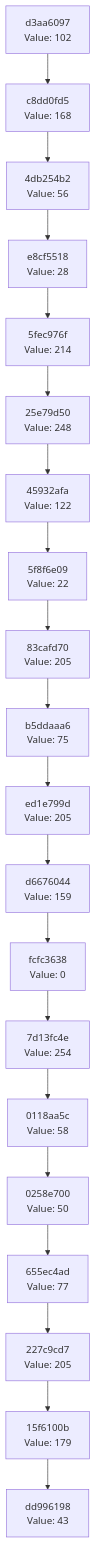
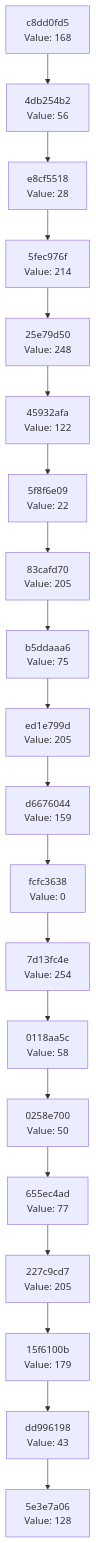
The diagram in docs/CHAIN_VISUALIZATION.md (Abhisheksinha1506/hash-chain-evolver), drawn with Mermaid before and after one commit. The commit also changed 3 other files, not shown here.

````diff
--- a/docs/CHAIN_VISUALIZATION.md
+++ b/docs/CHAIN_VISUALIZATION.md
@@ -3,42 +3,42 @@
 ```mermaid
 graph TD
-    C0["dd996198<br/>Value: 43"]
-    C1["15f6100b<br/>Value: 179"]
+    C0["5e3e7a06<br/>Value: 128"]
+    C1["dd996198<br/>Value: 43"]
     C1 --> C0
-    C2["227c9cd7<br/>Value: 205"]
+    C2["15f6100b<br/>Value: 179"]
     C2 --> C1
-    C3["655ec4ad<br/>Value: 77"]
+    C3["227c9cd7<br/>Value: 205"]
     C3 --> C2
-    C4["0258e700<br/>Value: 50"]
+    C4["655ec4ad<br/>Value: 77"]
     C4 --> C3
-    C5["0118aa5c<br/>Value: 58"]
+    C5["0258e700<br/>Value: 50"]
     C5 --> C4
-    C6["7d13fc4e<br/>Value: 254"]
+    C6["0118aa5c<br/>Value: 58"]
     C6 --> C5
-    C7["fcfc3638<br/>Value: 0"]
+    C7["7d13fc4e<br/>Value: 254"]
     C7 --> C6
-    C8["d6676044<br/>Value: 159"]
+    C8["fcfc3638<br/>Value: 0"]
     C8 --> C7
-    C9["ed1e799d<br/>Value: 205"]
+    C9["d6676044<br/>Value: 159"]
     C9 --> C8
-    C10["b5ddaaa6<br/>Value: 75"]
+    C10["ed1e799d<br/>Value: 205"]
     C10 --> C9
-    C11["83cafd70<br/>Value: 205"]
+    C11["b5ddaaa6<br/>Value: 75"]
     C11 --> C10
-    C12["5f8f6e09<br/>Value: 22"]
+    C12["83cafd70<br/>Value: 205"]
     C12 --> C11
-    C13["45932afa<br/>Value: 122"]
+    C13["5f8f6e09<br/>Value: 22"]
     C13 --> C12
-    C14["25e79d50<br/>Value: 248"]
+    C14["45932afa<br/>Value: 122"]
     C14 --> C13
-    C15["5fec976f<br/>Value: 214"]
+    C15["25e79d50<br/>Value: 248"]
     C15 --> C14
-    C16["e8cf5518<br/>Value: 28"]
+    C16["5fec976f<br/>Value: 214"]
     C16 --> C15
-    C17["4db254b2<br/>Value: 56"]
+    C17["e8cf5518<br/>Value: 28"]
     C17 --> C16
-    C18["c8dd0fd5<br/>Value: 168"]
+    C18["4db254b2<br/>Value: 56"]
     C18 --> C17
-    C19["d3aa6097<br/>Value: 102"]
+    C19["c8dd0fd5<br/>Value: 168"]
     C19 --> C18
 ```
````
